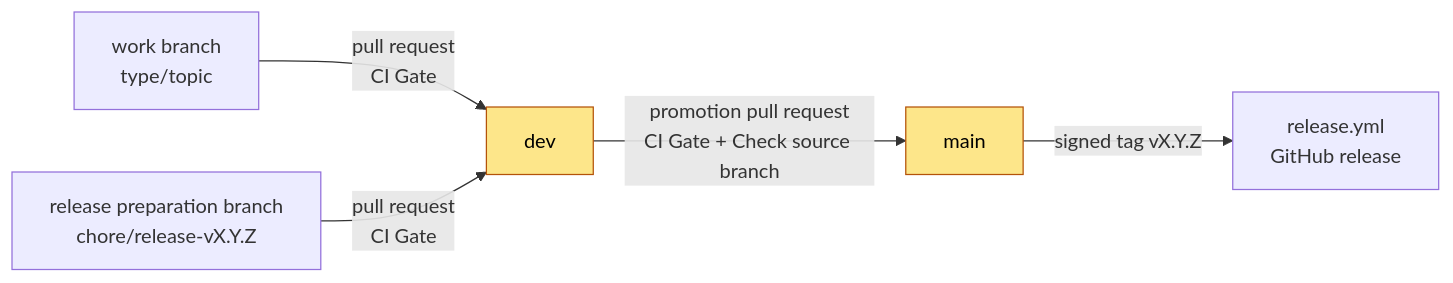
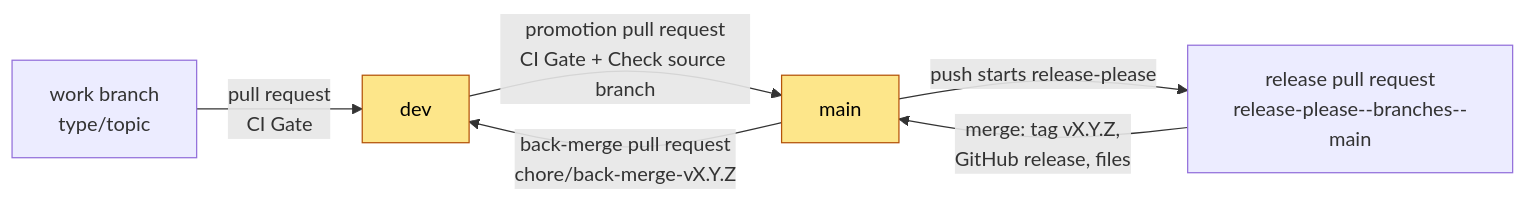
Before and after one commit to Nistapp/codebase-agentic-readiness-framework: the first of 2 diagrams in RELEASE_PROCESS.md, drawn with Mermaid. The commit also changed other lines of this file and 9 other files, not shown here.

First line of the commit message:
docs(release): describe the release-please process

````diff
--- a/RELEASE_PROCESS.md
+++ b/RELEASE_PROCESS.md
@@ -26,10 +29,11 @@
 ```mermaid
 flowchart LR
     W["work branch<br/>type/topic"] -->|"pull request<br/>CI Gate"| D["dev"]
-    P["release preparation branch<br/>chore/release-vX.Y.Z"] -->|"pull request<br/>CI Gate"| D
     D -->|"promotion pull request<br/>CI Gate + Check source branch"| M["main"]
-    M -->|"signed tag vX.Y.Z"| R["release.yml<br/>GitHub release"]
+    M -->|"push starts release-please"| RP["release pull request<br/>release-please--branches--main"]
+    RP -->|"merge: tag vX.Y.Z,<br/>GitHub release, files"| M
+    M -->|"back-merge pull request<br/>chore/back-merge-vX.Y.Z"| D
 
     classDef protected fill:#fde68a,stroke:#b45309,color:#000
     class D,M protected
 ```
````
